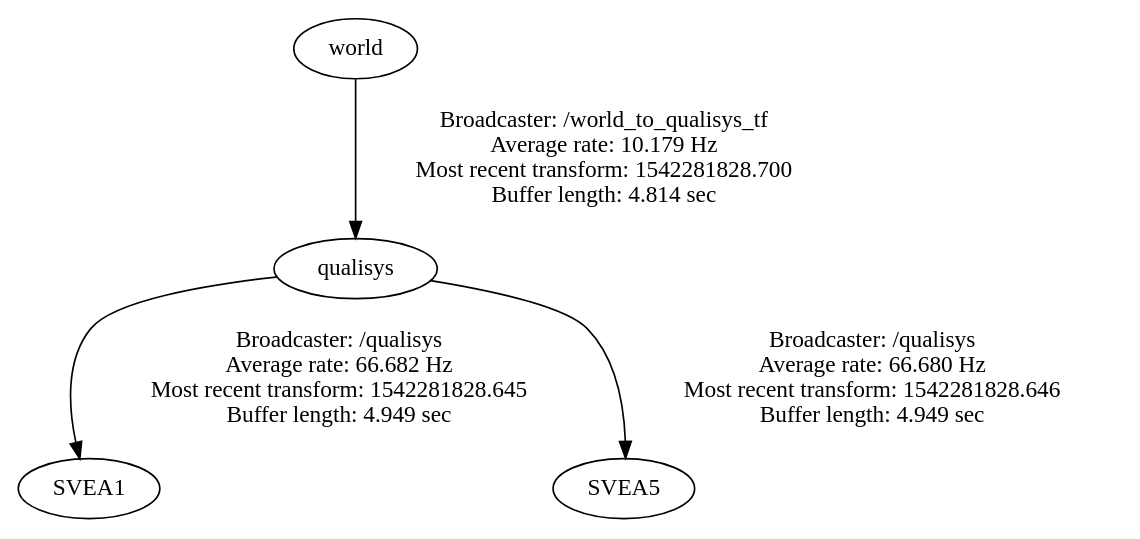
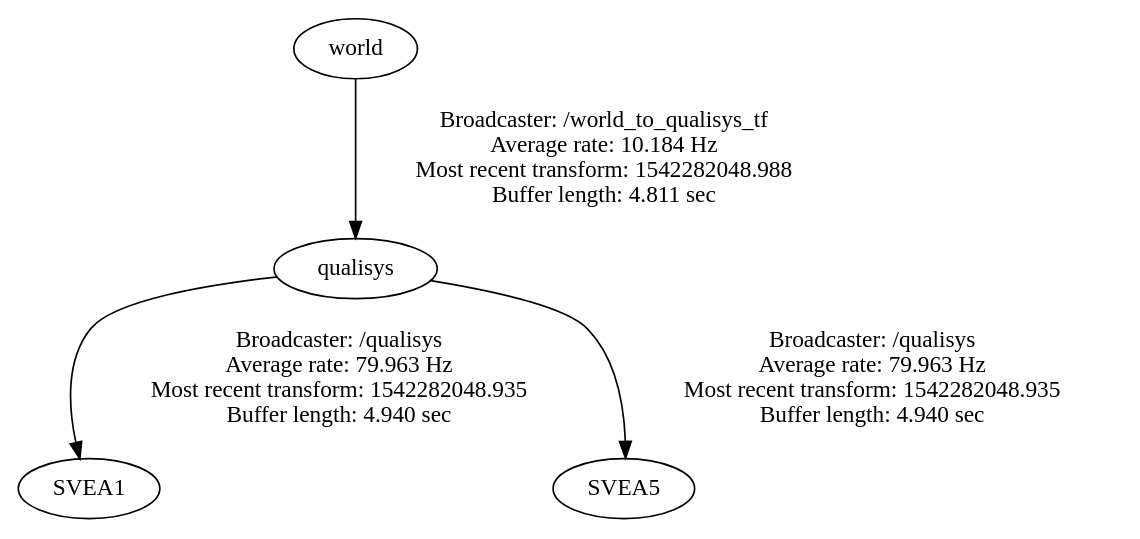
The diagram in frames.gv (JiongruiHu/El2425_Automatic_Control_Group1), drawn with Graphviz before and after one commit. The commit also changed 1 other file, not shown here.

```diff
--- a/frames.gv
+++ b/frames.gv
@@ -1,5 +1,5 @@
 digraph G {
-"qualisys" -> "SVEA1"[label="Broadcaster: /qualisys\nAverage rate: 66.682 Hz\nMost recent transform: 1542281828.645 \nBuffer length: 4.949 sec\n"];
-"world" -> "qualisys"[label="Broadcaster: /world_to_qualisys_tf\nAverage rate: 10.179 Hz\nMost recent transform: 1542281828.700 \nBuffer length: 4.814 sec\n"];
-"qualisys" -> "SVEA5"[label="Broadcaster: /qualisys\nAverage rate: 66.680 Hz\nMost recent transform: 1542281828.646 \nBuffer length: 4.949 sec\n"];
+"qualisys" -> "SVEA1"[label="Broadcaster: /qualisys\nAverage rate: 79.963 Hz\nMost recent transform: 1542282048.935 \nBuffer length: 4.940 sec\n"];
+"world" -> "qualisys"[label="Broadcaster: /world_to_qualisys_tf\nAverage rate: 10.184 Hz\nMost recent transform: 1542282048.988 \nBuffer length: 4.811 sec\n"];
+"qualisys" -> "SVEA5"[label="Broadcaster: /qualisys\nAverage rate: 79.963 Hz\nMost recent transform: 1542282048.935 \nBuffer length: 4.940 sec\n"];
 }
```
